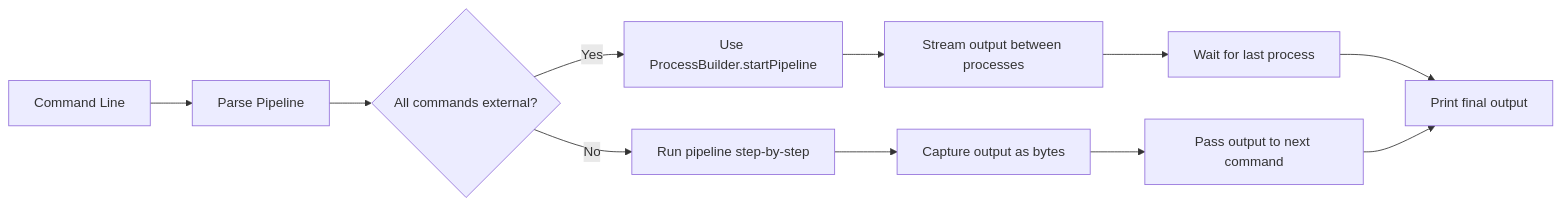
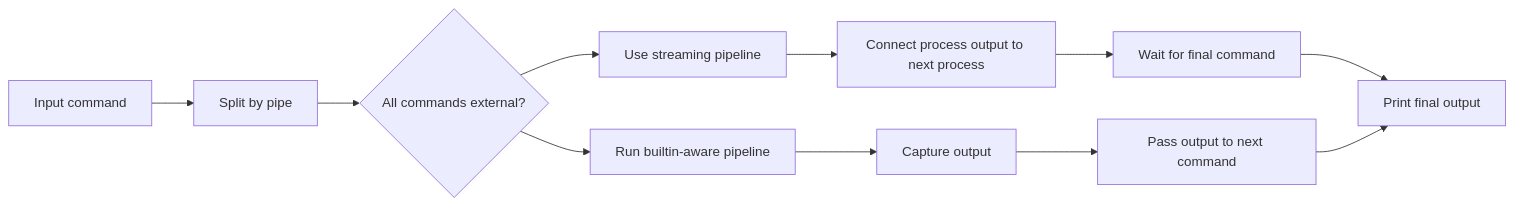
One commit to ItsSanskar8/OS-ShellProject changed the fourth of 8 diagrams in README.md. Above: the diagram before and after it, drawn with Mermaid. The commit also changed other lines of this file, not shown here.

````diff
--- a/README.md
+++ b/README.md
@@ -115,16 +181,16 @@
 ```mermaid
 flowchart LR
-    A[Command Line] --> B[Parse Pipeline]
-    B --> C{All commands external?}
+    A["Input command"] --> B["Split by pipe"]
+    B --> C{"All commands external?"}
 
-    C -->|Yes| D[Use ProcessBuilder.startPipeline]
-    D --> E[Stream output between processes]
-    E --> F[Wait for last process]
+    C --> D["Use streaming pipeline"]
+    D --> E["Connect process output to next process"]
+    E --> F["Wait for final command"]
 
-    C -->|No| G[Run pipeline step-by-step]
-    G --> H[Capture output as bytes]
-    H --> I[Pass output to next command]
+    C --> G["Run builtin-aware pipeline"]
+    G --> H["Capture output"]
+    H --> I["Pass output to next command"]
 
-    F --> J[Print final output]
+    F --> J["Print final output"]
     I --> J
 ```
````
